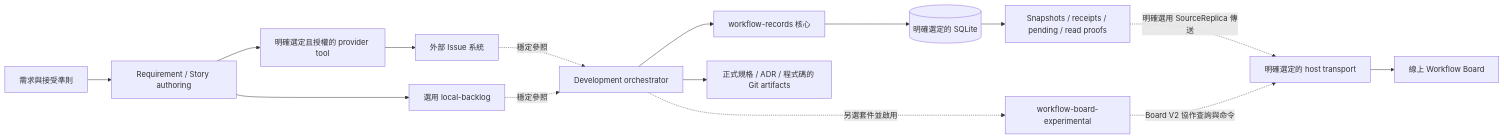
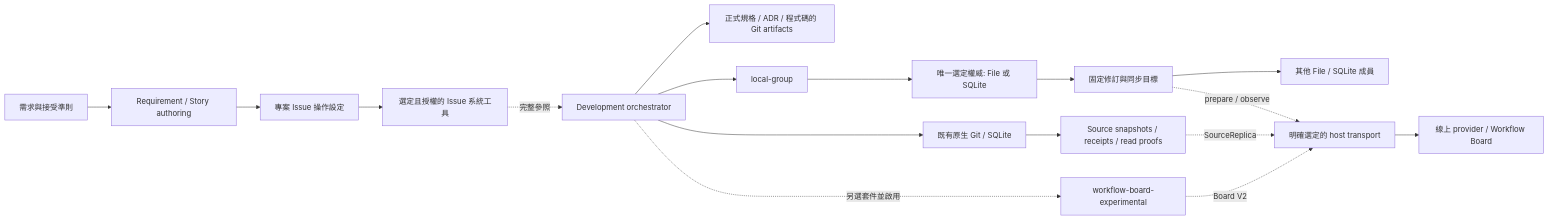
One commit to YuChia-Wei/ai-collaboration-framework changed the first of 2 diagrams in docs/workflow-module-map.md. Above: the diagram before and after it, drawn with Mermaid. The commit also changed other lines of this file and 53 other files, not shown here.

First line of the commit message:
feat(#514,#527): retire backlog skill and select issue operations

````diff
--- a/docs/workflow-module-map.md
+++ b/docs/workflow-module-map.md
@@ -22,17 +21,19 @@
 ```mermaid
 flowchart LR
   Need[需求與接受準則] --> Author[Requirement / Story authoring]
-  Author --> Provider[明確選定且授權的 provider tool]
-  Provider --> Tracker[外部 Issue 系統]
-  Author --> Local[選用 local-backlog]
-  Tracker -. 穩定參照 .-> Orch[Development orchestrator]
-  Local -. 穩定參照 .-> Orch
-  Orch --> Core[workflow-records 核心]
-  Orch --> Git[正式規格 / ADR / 程式碼的 Git artifacts]
-  Core --> SQLite[(明確選定的 SQLite)]
-  SQLite --> Snapshot[Snapshots / receipts / pending / read proofs]
-  Snapshot -. 明確選用 SourceReplica 傳送 .-> Host[明確選定的 host transport]
+  Author --> Route[專案 Issue 操作設定]
+  Route --> Tracker[選定且授權的 Issue 系統工具]
+  Tracker -. 完整參照 .-> Orch[Development orchestrator]
+  Orch --> Formal[正式規格 / ADR / 程式碼的 Git artifacts]
+  Orch --> Group[local-group]
+  Group --> Authority[唯一選定權威: File 或 SQLite]
+  Authority --> Intents[固定修訂與同步目標]
+  Intents --> Local[其他 File / SQLite 成員]
+  Intents -. prepare / observe .-> Host[明確選定的 host transport]
+  Orch --> Native[既有原生 Git / SQLite]
+  Native --> Snapshots[Source snapshots / receipts / read proofs]
+  Snapshots -. SourceReplica .-> Host
   Orch -. 另選套件並啟用 .-> Bridge[workflow-board-experimental]
-  Bridge -. Board V2 協作查詢與命令 .-> Host
-  Host --> Board[線上 Workflow Board]
+  Bridge -. Board V2 .-> Host
+  Host --> Remote[線上 provider / Workflow Board]
 ```
````
